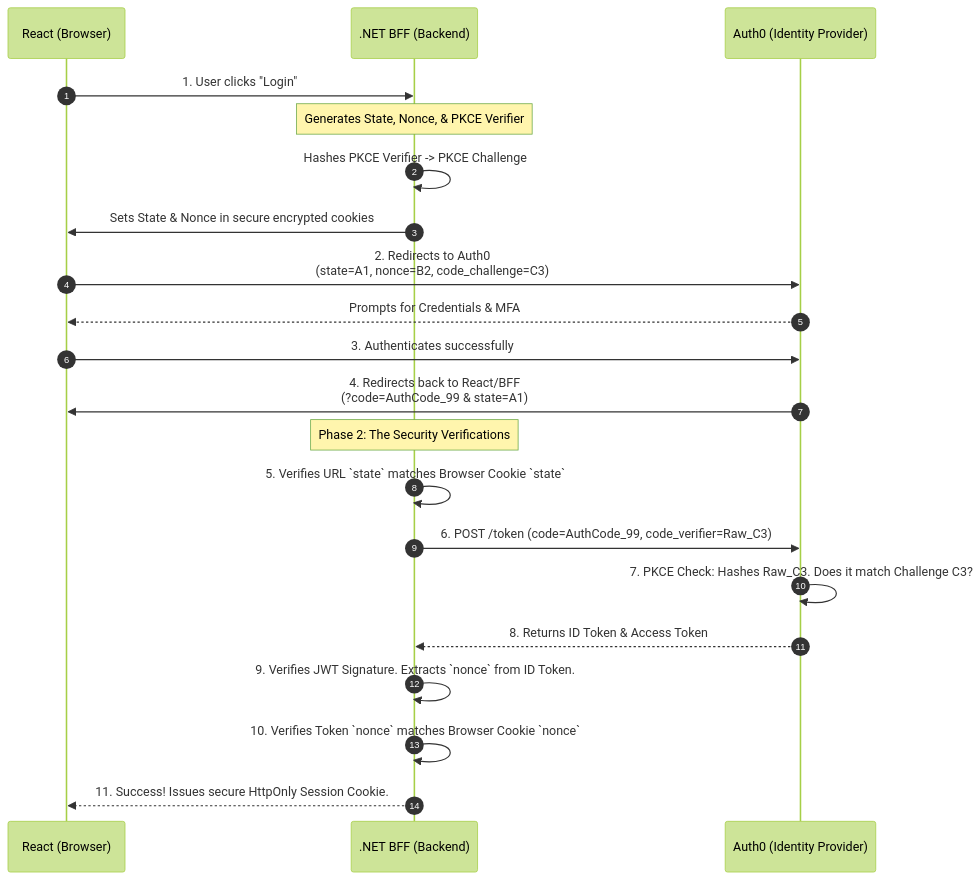
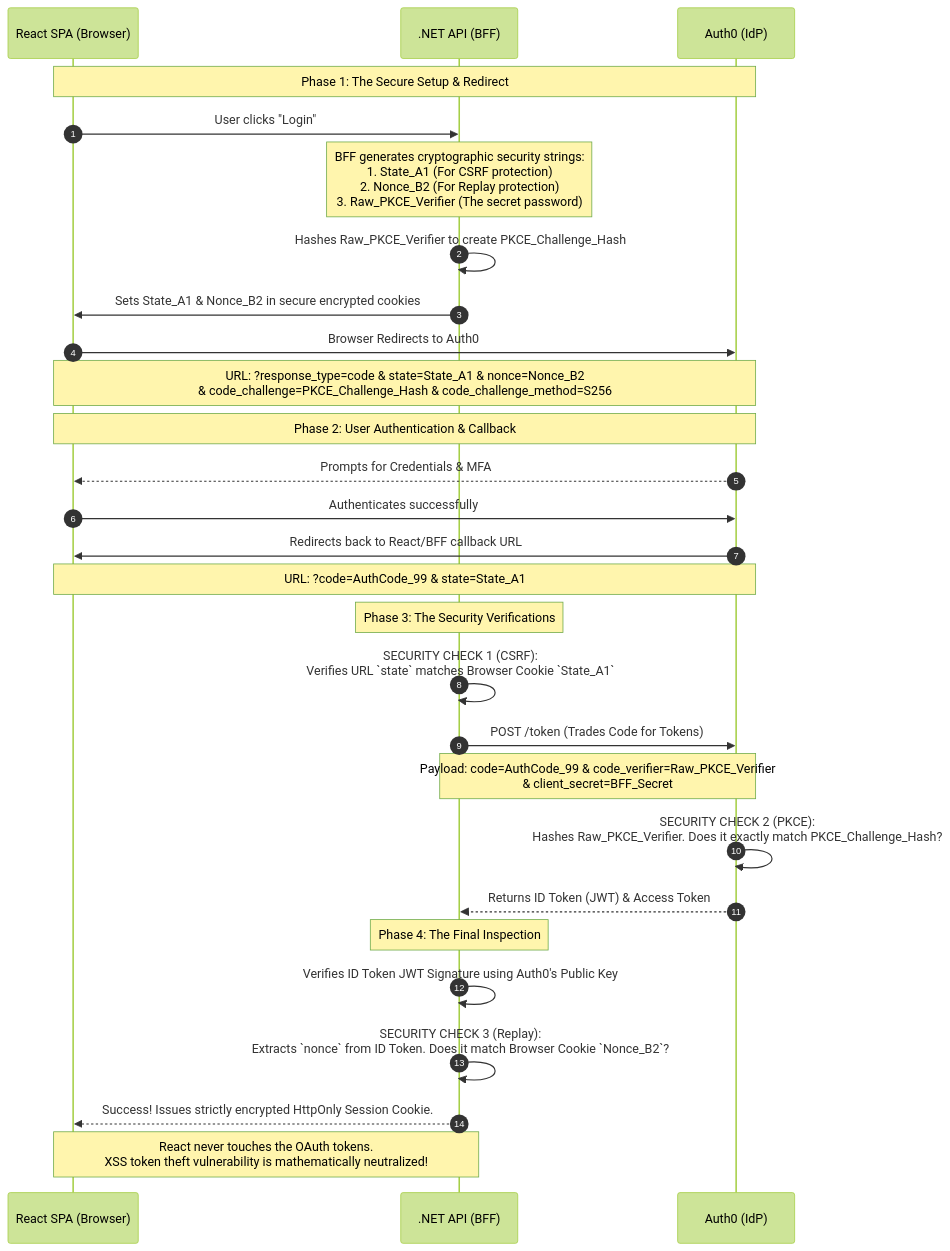
The eighth of 9 diagrams in Quiz/Day_01.md (nirajp82/IdentityAccessManagement_IAM), drawn with Mermaid (forest theme) before and after one commit. The commit also changed other lines of this file, not shown here.

`````diff
--- a/Quiz/Day_01.md
+++ b/Quiz/Day_01.md
@@ -736,34 +736,43 @@
 ```mermaid
 sequenceDiagram
     autonumber
-    participant React as React (Browser)
-    participant BFF as .NET BFF (Backend)
-    participant Auth0 as Auth0 (Identity Provider)
+    participant React as React SPA (Browser)
+    participant BFF as .NET API (BFF)
+    participant Auth0 as Auth0 (IdP)
 
-    React->>BFF: 1. User clicks "Login"
+    Note over React, Auth0: Phase 1: The Secure Setup & Redirect
+    React->>BFF: User clicks "Login"
     
-    Note over BFF: Generates State, Nonce, & PKCE Verifier
-    BFF->>BFF: Hashes PKCE Verifier -> PKCE Challenge
-    BFF->>React: Sets State & Nonce in secure encrypted cookies
+    Note over BFF: BFF generates cryptographic security strings:<br/>1. State_A1 (For CSRF protection)<br/>2. Nonce_B2 (For Replay protection)<br/>3. Raw_PKCE_Verifier (The secret password)
     
-    React->>Auth0: 2. Redirects to Auth0<br/>(state=A1, nonce=B2, code_challenge=C3)
+    BFF->>BFF: Hashes Raw_PKCE_Verifier to create PKCE_Challenge_Hash
+    BFF->>React: Sets State_A1 & Nonce_B2 in secure encrypted cookies
     
+    React->>Auth0: Browser Redirects to Auth0
+    Note over React, Auth0: URL: ?response_type=code & state=State_A1 & nonce=Nonce_B2<br/>& code_challenge=PKCE_Challenge_Hash & code_challenge_method=S256
+    
+    Note over React, Auth0: Phase 2: User Authentication & Callback
     Auth0-->>React: Prompts for Credentials & MFA
-    React->>Auth0: 3. Authenticates successfully
+    React->>Auth0: Authenticates successfully
     
-    Auth0->>React: 4. Redirects back to React/BFF<br/>(?code=AuthCode_99 & state=A1)
+    Auth0->>React: Redirects back to React/BFF callback URL
+    Note over React, Auth0: URL: ?code=AuthCode_99 & state=State_A1
     
-    Note over BFF: Phase 2: The Security Verifications
-    BFF->>BFF: 5. Verifies URL `state` matches Browser Cookie `state`
+    Note over BFF: Phase 3: The Security Verifications
+    BFF->>BFF: SECURITY CHECK 1 (CSRF):<br/>Verifies URL `state` matches Browser Cookie `State_A1`
     
-    BFF->>Auth0: 6. POST /token (code=AuthCode_99, code_verifier=Raw_C3)
-    Auth0->>Auth0: 7. PKCE Check: Hashes Raw_C3. Does it match Challenge C3?
+    BFF->>Auth0: POST /token (Trades Code for Tokens)
+    Note over BFF, Auth0: Payload: code=AuthCode_99 & code_verifier=Raw_PKCE_Verifier<br/>& client_secret=BFF_Secret
     
-    Auth0-->>BFF: 8. Returns ID Token & Access Token
+    Auth0->>Auth0: SECURITY CHECK 2 (PKCE):<br/>Hashes Raw_PKCE_Verifier. Does it exactly match PKCE_Challenge_Hash?
     
-    BFF->>BFF: 9. Verifies JWT Signature. Extracts `nonce` from ID Token.
-    BFF->>BFF: 10. Verifies Token `nonce` matches Browser Cookie `nonce`
+    Auth0-->>BFF: Returns ID Token (JWT) & Access Token
     
-    BFF-->>React: 11. Success! Issues secure HttpOnly Session Cookie.
+    Note over BFF: Phase 4: The Final Inspection
+    BFF->>BFF: Verifies ID Token JWT Signature using Auth0's Public Key
+    BFF->>BFF: SECURITY CHECK 3 (Replay):<br/>Extracts `nonce` from ID Token. Does it match Browser Cookie `Nonce_B2`?
+    
+    BFF-->>React: Success! Issues strictly encrypted HttpOnly Session Cookie.
+    Note over React, BFF: React never touches the OAuth tokens.<br/>XSS token theft vulnerability is mathematically neutralized!
 
-```
+````
`````
